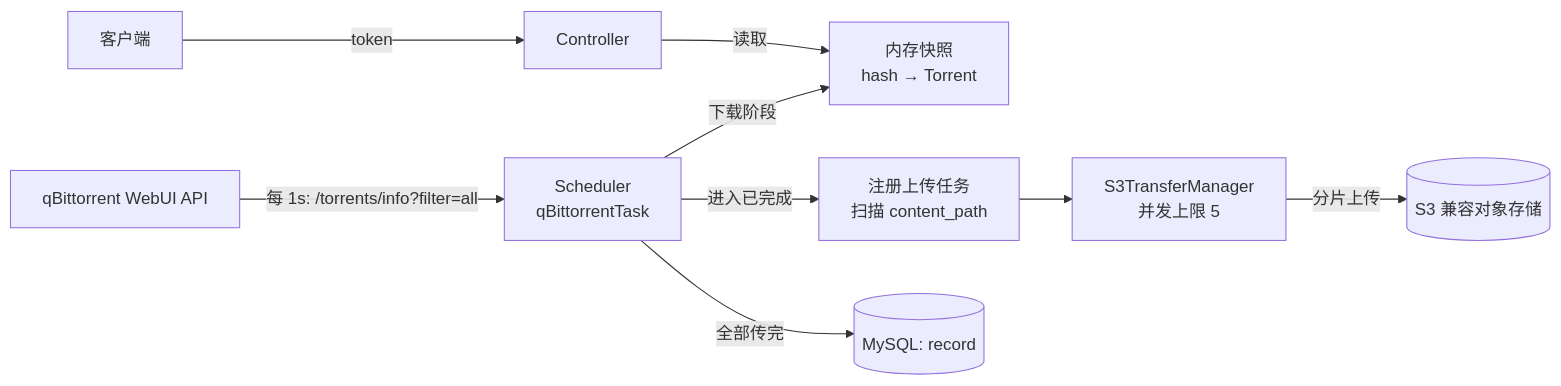
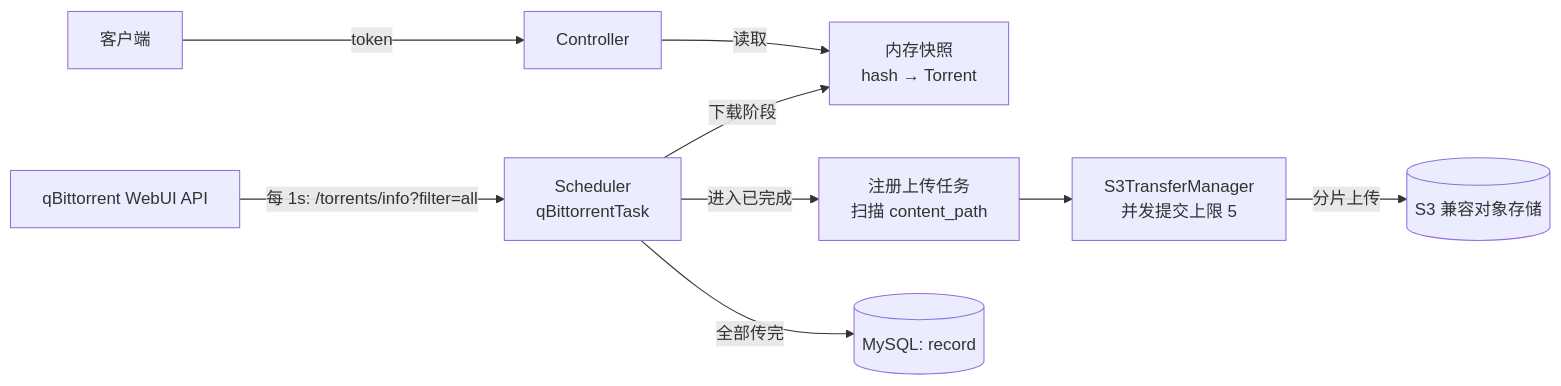
One commit to zhuiqiuat/qBittorrentToRainyunOS changed the diagram in README.md. Above: the diagram before and after it, drawn with Mermaid. The commit also changed other lines of this file, not shown here.

````diff
--- a/README.md
+++ b/README.md
@@ -38,11 +38,11 @@
 ```mermaid
 flowchart LR
     Q[qBittorrent WebUI API] -->|每 1s: /torrents/info?filter=all| S[Scheduler<br/>qBittorrentTask]
     S -->|下载阶段| M1[内存快照<br/>hash → Torrent]
     S -->|进入已完成| R[注册上传任务<br/>扫描 content_path]
-    R --> U[S3TransferManager<br/>并发上限 5]
+    R --> U[S3TransferManager<br/>并发提交上限 5]
     U -->|分片上传| O[(S3 兼容对象存储)]
     S -->|全部传完| DB[(MySQL: record)]
     C[客户端] -->|token| API[Controller]
     API -->|读取| M1
 ```
````
